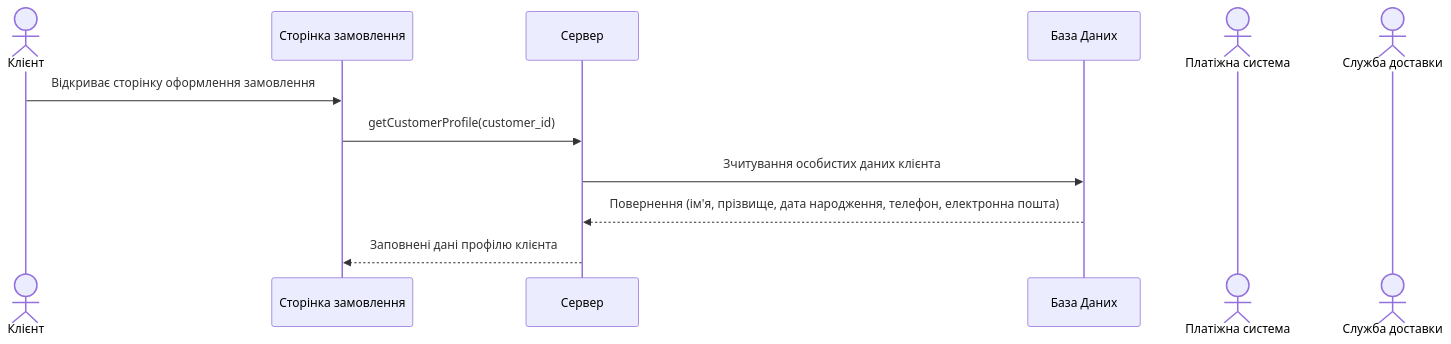
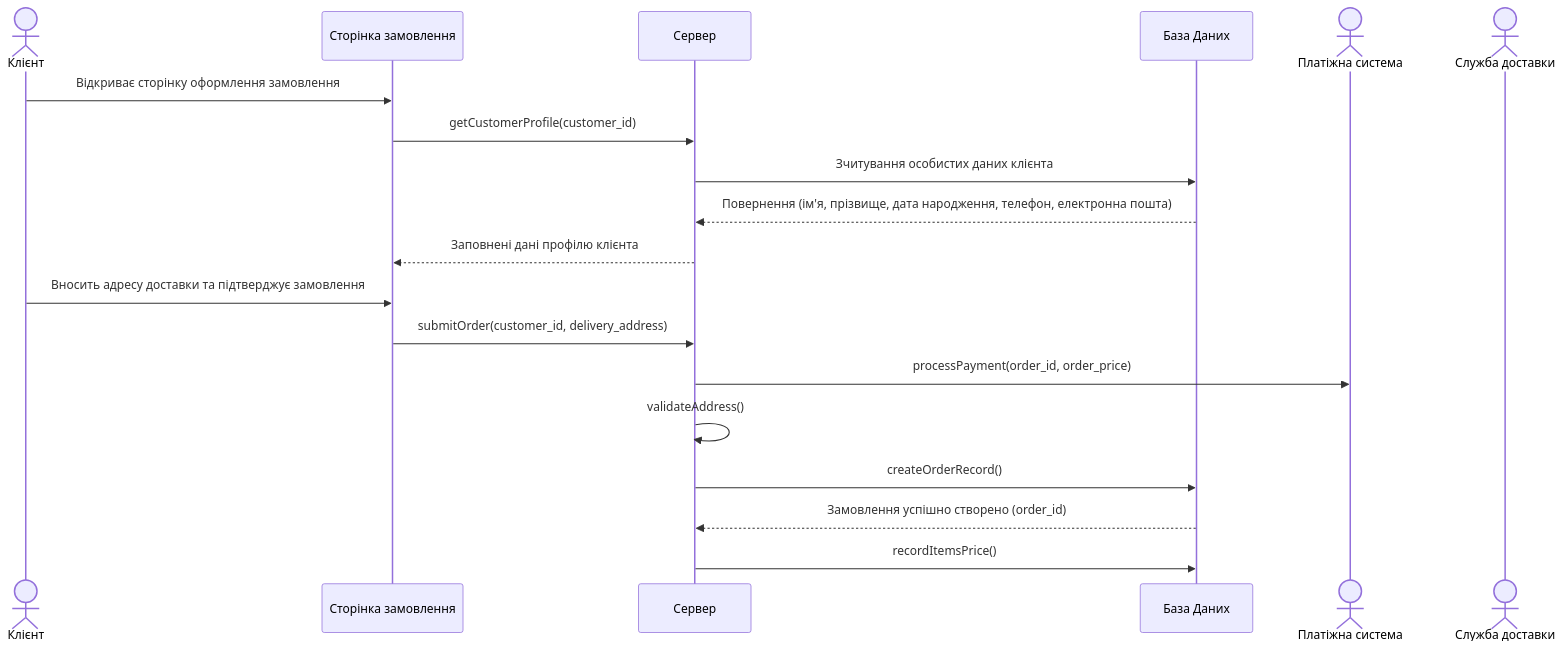
Before and after one commit to sofiisunn/KPI: the diagram in sequence.md, drawn with Mermaid.

Commit message:
Add order submission and payment processing steps

````diff
--- a/sequence.md
+++ b/sequence.md
@@ -1,15 +1,25 @@
 ```mermaid
 sequenceDiagram
     actor Customer as Клієнт
     participant CheckoutPage as Сторінка замовлення
     participant OrderController as Сервер
     participant Database as База Даних
     actor PaymentService as Платіжна система
     actor DeliveryService as Служба доставки 
 
     Customer->>CheckoutPage: Відкриває сторінку оформлення замовлення
     CheckoutPage->>OrderController: getCustomerProfile(customer_id)
     OrderController->>Database: Зчитування особистих даних клієнта
     Database-->>OrderController: Повернення (ім'я, прізвище, дата народження, телефон, електронна пошта)
     OrderController-->>CheckoutPage: Заповнені дані профілю клієнта
+
+    Customer->>CheckoutPage: Вносить адресу доставки та підтверджує замовлення
+    CheckoutPage->>OrderController: submitOrder(customer_id, delivery_address)
+    
+    OrderController->>PaymentService: processPayment(order_id, order_price)
+    OrderController->>OrderController: validateAddress()
+    
+    OrderController->>Database: createOrderRecord()
+    Database-->>OrderController: Замовлення успішно створено (order_id)
+    OrderController->>Database: recordItemsPrice()
 ```
````
